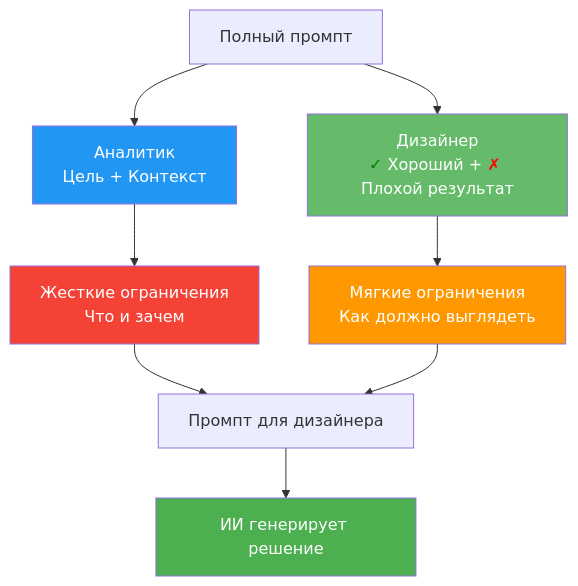
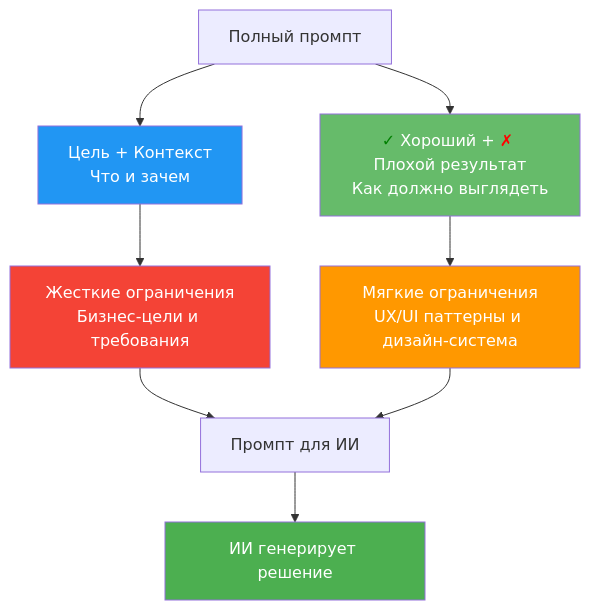
Diagram 11 of 11 in docs/analytics/prompting.md (codenol/gist), drawn with Mermaid before and after one commit. The commit also changed other lines of this file, not shown here.

````diff
--- a/docs/analytics/prompting.md
+++ b/docs/analytics/prompting.md
@@ -553,19 +544,19 @@
 ```mermaid
 flowchart TD
-    A[Полный промпт] --> B[Аналитик<br/>Цель + Контекст]
-    A --> C[Дизайнер<br/><span style="color: green;">✓</span> Хороший + <span style="color: red;">✗</span> Плохой результат]
+    A[Полный промпт] --> B[Цель + Контекст<br/>Что и зачем]
+    A --> C[<span style="color: green;">✓</span> Хороший + <span style="color: red;">✗</span> Плохой результат<br/>Как должно выглядеть]
     
-    B --> D[Жесткие ограничения<br/>Что и зачем]
-    C --> E[Мягкие ограничения<br/>Как должно выглядеть]
+    B --> D[Жесткие ограничения<br/>Бизнес-цели и требования]
+    C --> E[Мягкие ограничения<br/>UX/UI паттерны и дизайн-система]
     
-    D --> F[Промпт для дизайнера]
+    D --> F[Промпт для ИИ]
     E --> F
     
     F --> G[ИИ генерирует решение]
     
     style B fill:#2196F3,color:#FFFFFF
     style C fill:#66BB6A,color:#FFFFFF
     style D fill:#F44336,color:#FFFFFF
     style E fill:#FF9800,color:#FFFFFF
     style G fill:#4CAF50,color:#FFFFFF
 ```
````
